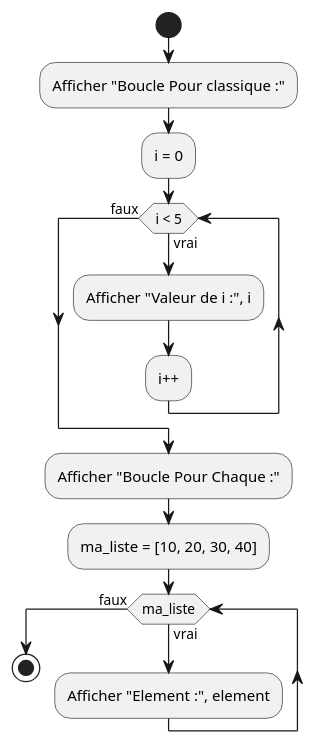
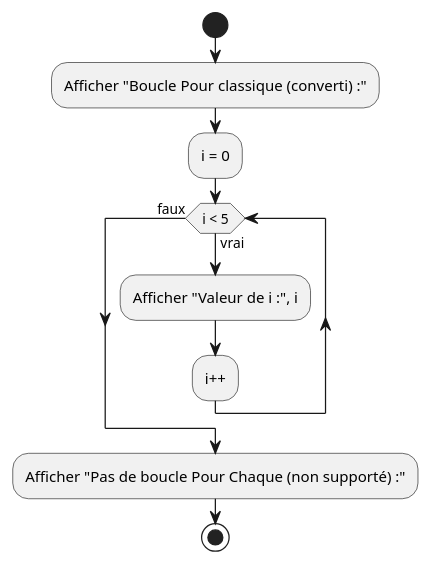
Before and after one commit to profdenis/dralgo: the diagram in examples/algo/puml/04_pour.puml, drawn with PlantUML. The commit also changed 35 other files, not shown here.

```diff
--- a/examples/algo/puml/04_pour.puml
+++ b/examples/algo/puml/04_pour.puml
@@ -1,15 +1,11 @@
 @startuml
 start
-:Afficher "Boucle Pour classique :";
+:Afficher "Boucle Pour classique (converti) :";
 :i = 0;
 while (i < 5) is (vrai)
 :Afficher "Valeur de i :", i;
 :i++;
 endwhile (faux)
-:Afficher "Boucle Pour Chaque :";
-:ma_liste = [10, 20, 30, 40];
-while (ma_liste) is (vrai)
-:Afficher "Element :", element;
-endwhile (faux)
+:Afficher "Pas de boucle Pour Chaque (non supporté) :";
 stop
 @enduml
```
